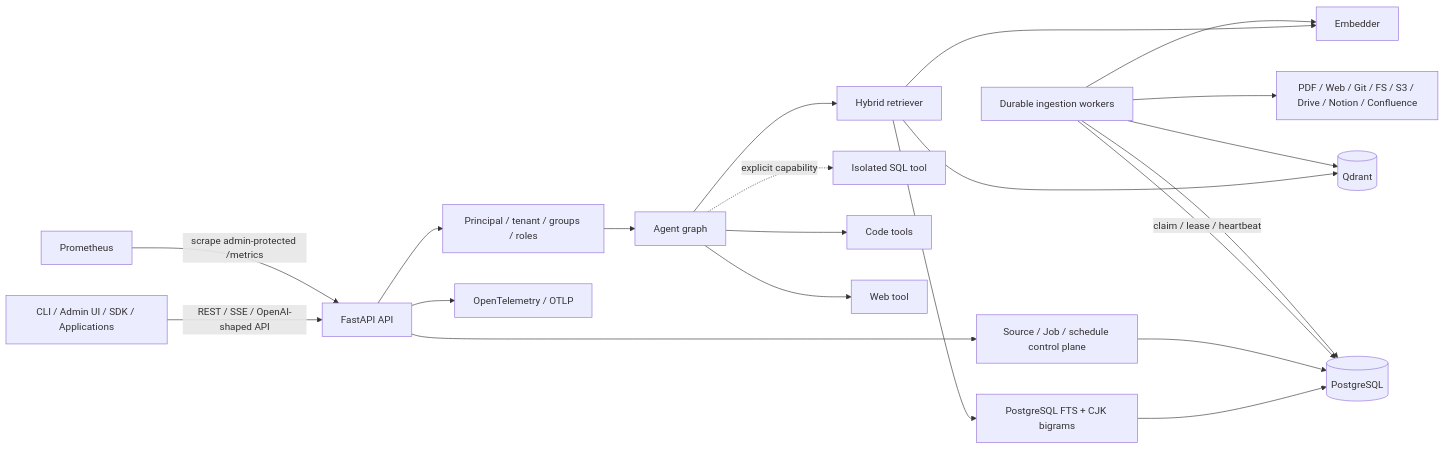
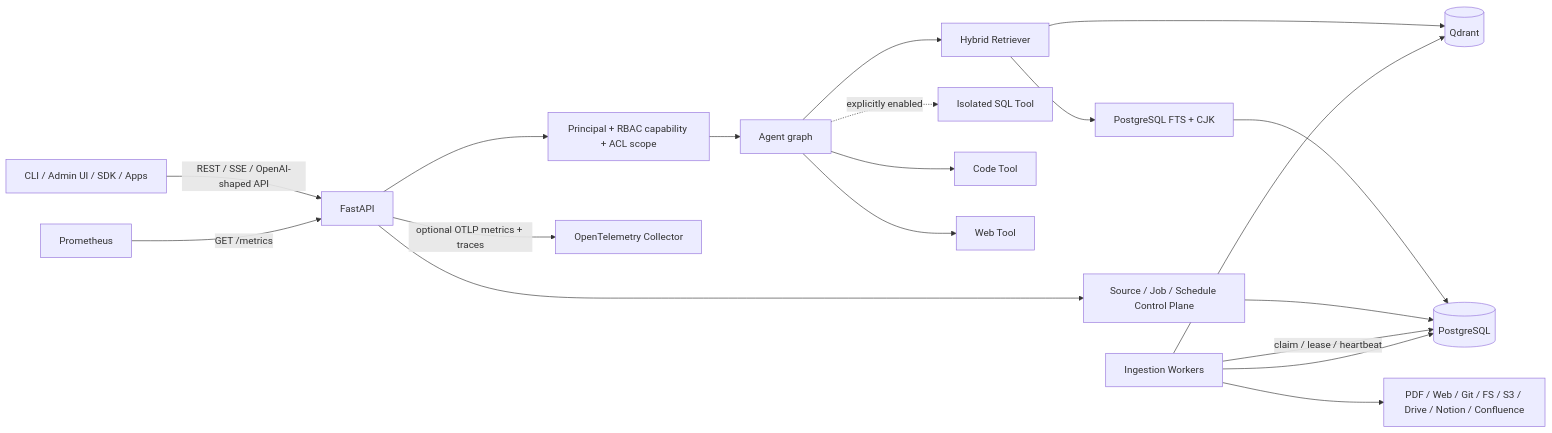
The first of 2 diagrams in docs/SYSTEM_DESIGN.md (magic-alt/ragbot), drawn with Mermaid before and after one commit. The commit also changed other lines of this file, not shown here.

````diff
--- a/docs/SYSTEM_DESIGN.md
+++ b/docs/SYSTEM_DESIGN.md
@@ -13,28 +19,26 @@
 ```mermaid
 flowchart LR
-  C[CLI / Admin UI / SDK / Applications] -->|REST / SSE / OpenAI-shaped API| API[FastAPI API]
+  C[CLI / Admin UI / SDK / Apps] -->|REST / SSE / OpenAI-shaped API| API[FastAPI]
 
-  API --> AUTH[Principal / tenant / groups / roles]
+  API --> AUTH[Principal + RBAC capability + ACL scope]
   AUTH --> AG[Agent graph]
-  AG --> RET[Hybrid retriever]
-  AG -. explicit capability .-> SQL[Isolated SQL tool]
-  AG --> CODE[Code tools]
-  AG --> WEB[Web tool]
+  AG --> RET[Hybrid Retriever]
+  AG -. explicitly enabled .-> SQL[Isolated SQL Tool]
+  AG --> CODE[Code Tool]
+  AG --> WEB[Web Tool]
 
-  RET --> EMB[Embedder]
   RET --> Q[(Qdrant)]
-  RET --> FTS[PostgreSQL FTS + CJK bigrams]
+  RET --> FTS[PostgreSQL FTS + CJK]
   FTS --> PG[(PostgreSQL)]
 
-  API --> CP[Source / Job / schedule control plane]
+  API --> CP[Source / Job / Schedule Control Plane]
   CP --> PG
 
-  W[Durable ingestion workers] -->|claim / lease / heartbeat| PG
+  W[Ingestion Workers] -->|claim / lease / heartbeat| PG
   W --> CONN[PDF / Web / Git / FS / S3 / Drive / Notion / Confluence]
-  W --> EMB
   W --> PG
   W --> Q
 
-  P[Prometheus] -->|scrape admin-protected /metrics| API
-  API --> OTEL[OpenTelemetry / OTLP]
+  PROM[Prometheus] -->|GET /metrics| API
+  API -->|optional OTLP metrics + traces| OTEL[OpenTelemetry Collector]
 ```
````
